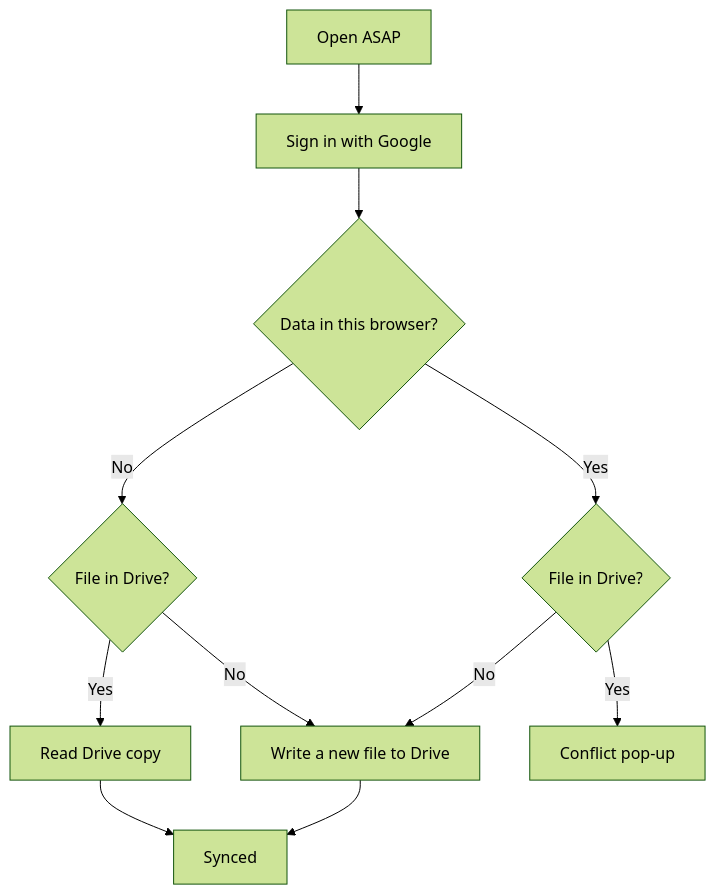
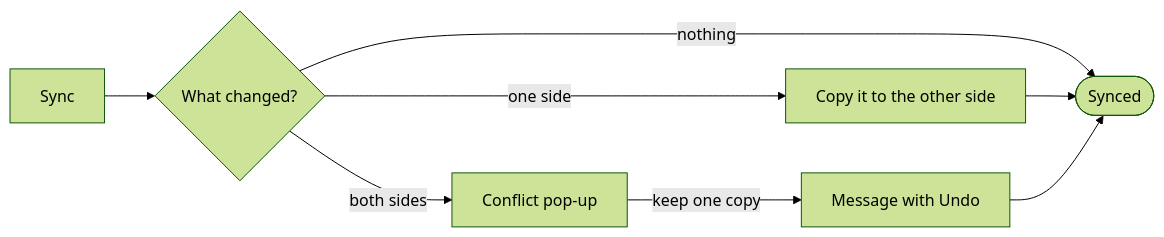
Before and after one commit to heaped-and-stacked/applications-saved-as-private: the second of 2 diagrams in docs/design/flows.md, drawn with Mermaid (forest theme). The commit also changed other lines of this file and 2 other files, not shown here.

````diff
--- a/docs/design/flows.md
+++ b/docs/design/flows.md
@@ -124,11 +88,7 @@
 ```mermaid
-flowchart TD
-    A[Open ASAP] --> S[Sign in with Google]
-    S --> L{Data in this browser?}
-    L -- No --> D{File in Drive?}
-    D -- Yes --> R[Read Drive copy] --> OK[Synced]
-    D -- No --> W[Write a new file to Drive] --> OK
-    L -- Yes --> D2{File in Drive?}
-    D2 -- No --> W
-    D2 -- Yes --> C[Conflict pop-up]
+flowchart LR
+    S[Sync] --> W{What changed?}
+    W -- nothing --> OK([Synced])
+    W -- one side --> CP[Copy it to the other side] --> OK
+    W -- both sides --> K[Conflict pop-up] -- keep one copy --> U[Message with Undo] --> OK
 ```
````
